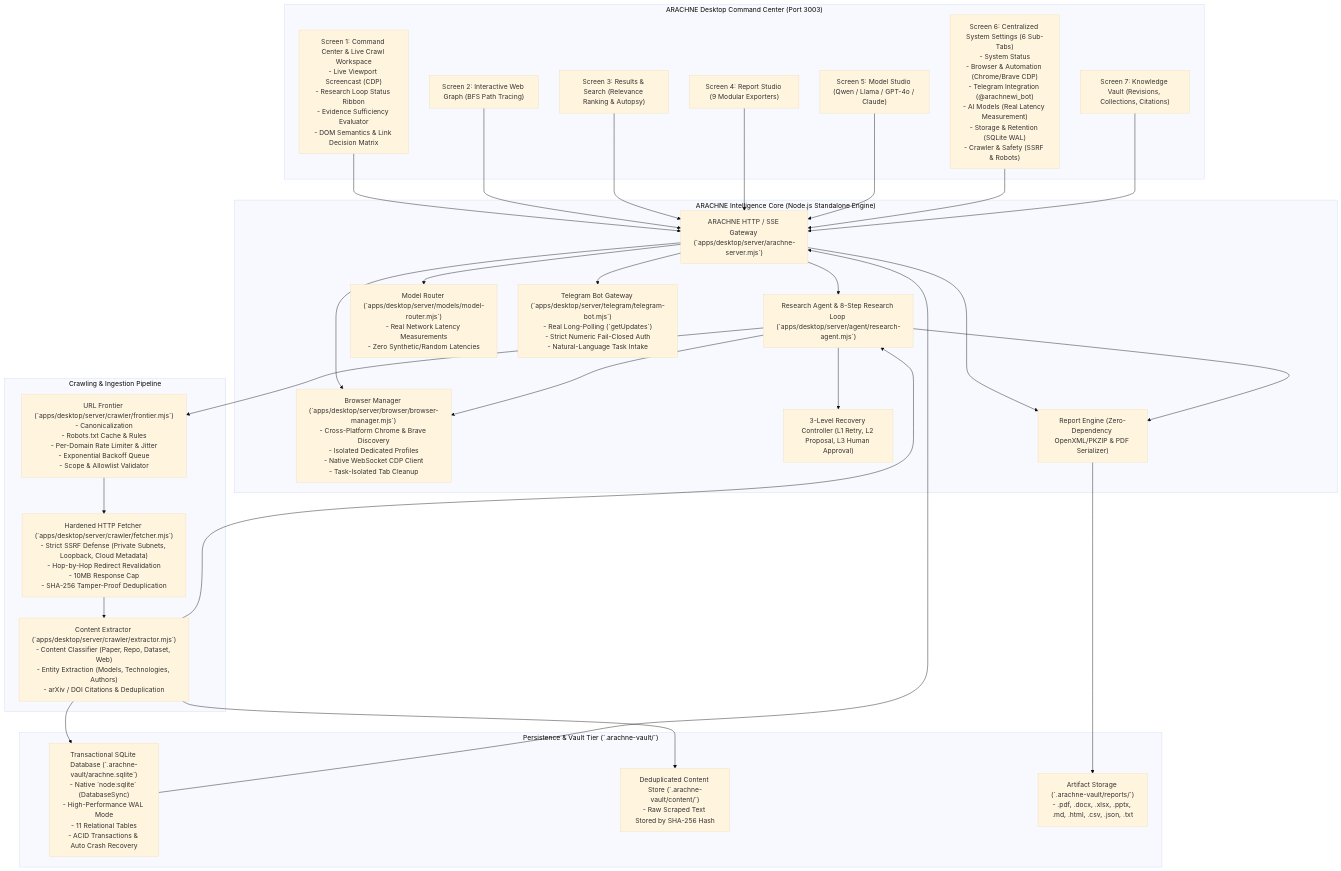
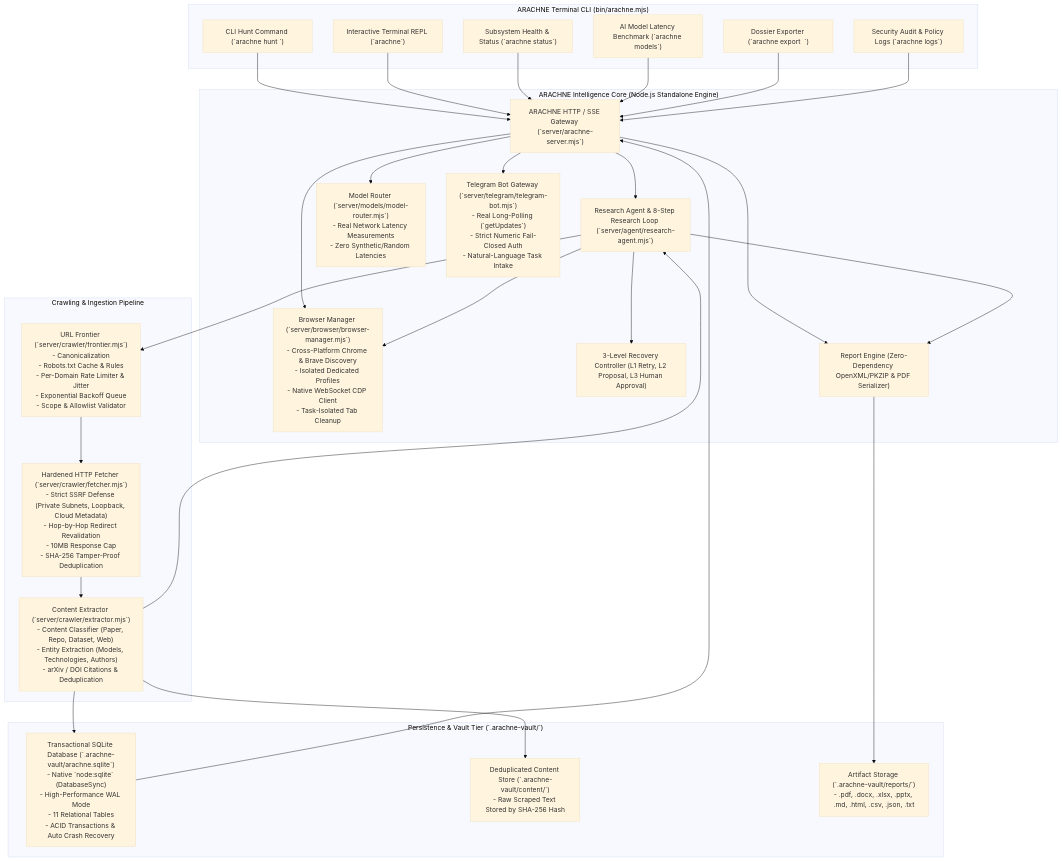
One commit to DeepxkJadhav/Arachne changed the diagram in docs/ARCHITECTURE.md. Above: the diagram before and after it, drawn with Mermaid (base theme). The commit also changed 6 other files, not shown here.

````diff
--- a/docs/ARCHITECTURE.md
+++ b/docs/ARCHITECTURE.md
@@ -15,61 +15,59 @@
 ```mermaid
 flowchart TD
-    subgraph UI ["ARACHNE Desktop Command Center (Port 3003)"]
-        CC["Screen 1: Command Center & Live Crawl Workspace\n- Live Viewport Screencast (CDP)\n- Research Loop Status Ribbon\n- Evidence Sufficiency Evaluator\n- DOM Semantics & Link Decision Matrix"]
-        WG["Screen 2: Interactive Web Graph (BFS Path Tracing)"]
-        RS["Screen 3: Results & Search (Relevance Ranking & Autopsy)"]
-        RStudio["Screen 4: Report Studio (9 Modular Exporters)"]
-        MS["Screen 5: Model Studio (Qwen / Llama / GPT-4o / Claude)"]
-        ST["Screen 6: Centralized System Settings (6 Sub-Tabs)\n- System Status\n- Browser & Automation (Chrome/Brave CDP)\n- Telegram Integration (@arachnewi_bot)\n- AI Models (Real Latency Measurement)\n- Storage & Retention (SQLite WAL)\n- Crawler & Safety (SSRF & Robots)"]
-        KV["Screen 7: Knowledge Vault (Revisions, Collections, Citations)"]
+    subgraph CLI ["ARACHNE Terminal CLI (bin/arachne.mjs)"]
+        CLI_HUNT["CLI Hunt Command (`arachne hunt <query>`)"]
+        CLI_REPL["Interactive Terminal REPL (`arachne`)"]
+        CLI_STATUS["Subsystem Health & Status (`arachne status`)"]
+        CLI_MODELS["AI Model Latency Benchmark (`arachne models`)"]
+        CLI_EXPORT["Dossier Exporter (`arachne export <id> <format>`)"]
+        CLI_LOGS["Security Audit & Policy Logs (`arachne logs`)"]
     end
 
     subgraph Core ["ARACHNE Intelligence Core (Node.js Standalone Engine)"]
-        Server["ARACHNE HTTP / SSE Gateway (`apps/desktop/server/arachne-server.mjs`)"]
-        Agent["Research Agent & 8-Step Research Loop (`apps/desktop/server/agent/research-agent.mjs`)"]
-        BrowserMgr["Browser Manager (`apps/desktop/server/browser/browser-manager.mjs`)\n- Cross-Platform Chrome & Brave Discovery\n- Isolated Dedicated Profiles\n- Native WebSocket CDP Client\n- Task-Isolated Tab Cleanup"]
-        ModelRouter["Model Router (`apps/desktop/server/models/model-router.mjs`)\n- Real Network Latency Measurements\n- Zero Synthetic/Random Latencies"]
+        Server["ARACHNE HTTP / SSE Gateway (`server/arachne-server.mjs`)"]
+        Agent["Research Agent & 8-Step Research Loop (`server/agent/research-agent.mjs`)"]
+        BrowserMgr["Browser Manager (`server/browser/browser-manager.mjs`)\n- Cross-Platform Chrome & Brave Discovery\n- Isolated Dedicated Profiles\n- Native WebSocket CDP Client\n- Task-Isolated Tab Cleanup"]
+        ModelRouter["Model Router (`server/models/model-router.mjs`)\n- Real Network Latency Measurements\n- Zero Synthetic/Random Latencies"]
         Recovery["3-Level Recovery Controller (L1 Retry, L2 Proposal, L3 Human Approval)"]
         ReportEngine["Report Engine (Zero-Dependency OpenXML/PKZIP & PDF Serializer)"]
-        Telegram["Telegram Bot Gateway (`apps/desktop/server/telegram/telegram-bot.mjs`)\n- Real Long-Polling (`getUpdates`)\n- Strict Numeric Fail-Closed Auth\n- Natural-Language Task Intake"]
+        Telegram["Telegram Bot Gateway (`server/telegram/telegram-bot.mjs`)\n- Real Long-Polling (`getUpdates`)\n- Strict Numeric Fail-Closed Auth\n- Natural-Language Task Intake"]
     end
 
     subgraph CrawlerEngine ["Crawling & Ingestion Pipeline"]
-        Frontier["URL Frontier (`apps/desktop/server/crawler/frontier.mjs`)\n- Canonicalization\n- Robots.txt Cache & Rules\n- Per-Domain Rate Limiter & Jitter\n- Exponential Backoff Queue\n- Scope & Allowlist Validator"]
-        Fetcher["Hardened HTTP Fetcher (`apps/desktop/server/crawler/fetcher.mjs`)\n- Strict SSRF Defense (Private Subnets, Loopback, Cloud Metadata)\n- Hop-by-Hop Redirect Revalidation\n- 10MB Response Cap\n- SHA-256 Tamper-Proof Deduplication"]
-        Extractor["Content Extractor (`apps/desktop/server/crawler/extractor.mjs`)\n- Content Classifier (Paper, Repo, Dataset, Web)\n- Entity Extraction (Models, Technologies, Authors)\n- arXiv / DOI Citations & Deduplication"]
+        Frontier["URL Frontier (`server/crawler/frontier.mjs`)\n- Canonicalization\n- Robots.txt Cache & Rules\n- Per-Domain Rate Limiter & Jitter\n- Exponential Backoff Queue\n- Scope & Allowlist Validator"]
+        Fetcher["Hardened HTTP Fetcher (`server/crawler/fetcher.mjs`)\n- Strict SSRF Defense (Private Subnets, Loopback, Cloud Metadata)\n- Hop-by-Hop Redirect Revalidation\n- 10MB Response Cap\n- SHA-256 Tamper-Proof Deduplication"]
+        Extractor["Content Extractor (`server/crawler/extractor.mjs`)\n- Content Classifier (Paper, Repo, Dataset, Web)\n- Entity Extraction (Models, Technologies, Authors)\n- arXiv / DOI Citations & Deduplication"]
     end
 
     subgraph StorageTier ["Persistence & Vault Tier (`.arachne-vault/`)"]
         SQLiteDB["Transactional SQLite Database (`.arachne-vault/arachne.sqlite`)\n- Native `node:sqlite` (DatabaseSync)\n- High-Performance WAL Mode\n- 11 Relational Tables\n- ACID Transactions & Auto Crash Recovery"]
         ContentStore["Deduplicated Content Store (`.arachne-vault/content/`)\n- Raw Scraped Text Stored by SHA-256 Hash"]
         ReportsDir["Artifact Storage (`.arachne-vault/reports/`)\n- .pdf, .docx, .xlsx, .pptx, .md, .html, .csv, .json, .txt"]
     end
 
-    CC --> Server
-    WG --> Server
-    RS --> Server
-    RStudio --> Server
-    MS --> Server
-    ST --> Server
-    KV --> Server
+    CLI_HUNT --> Server
+    CLI_REPL --> Server
+    CLI_STATUS --> Server
+    CLI_MODELS --> Server
+    CLI_EXPORT --> Server
+    CLI_LOGS --> Server
 
     Server --> Agent
     Server --> BrowserMgr
     Server --> ModelRouter
     Server --> ReportEngine
     Server --> Telegram
     
     Agent --> BrowserMgr
     Agent --> Recovery
     Agent --> Frontier
     Frontier --> Fetcher
     Fetcher --> Extractor
     Extractor --> SQLiteDB
     Extractor --> ContentStore
     Extractor --> Agent
     
     Agent --> ReportEngine
     ReportEngine --> ReportsDir
     SQLiteDB --> Server
 ```
````
